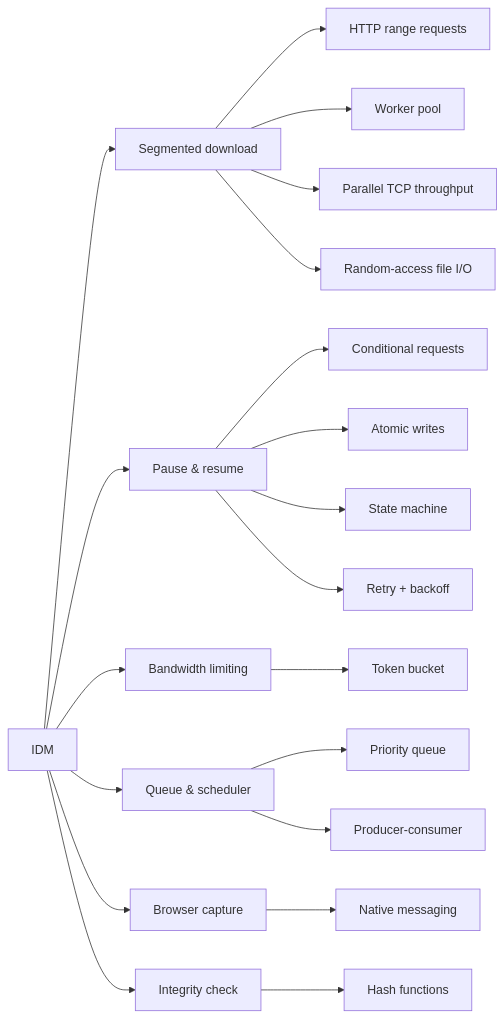
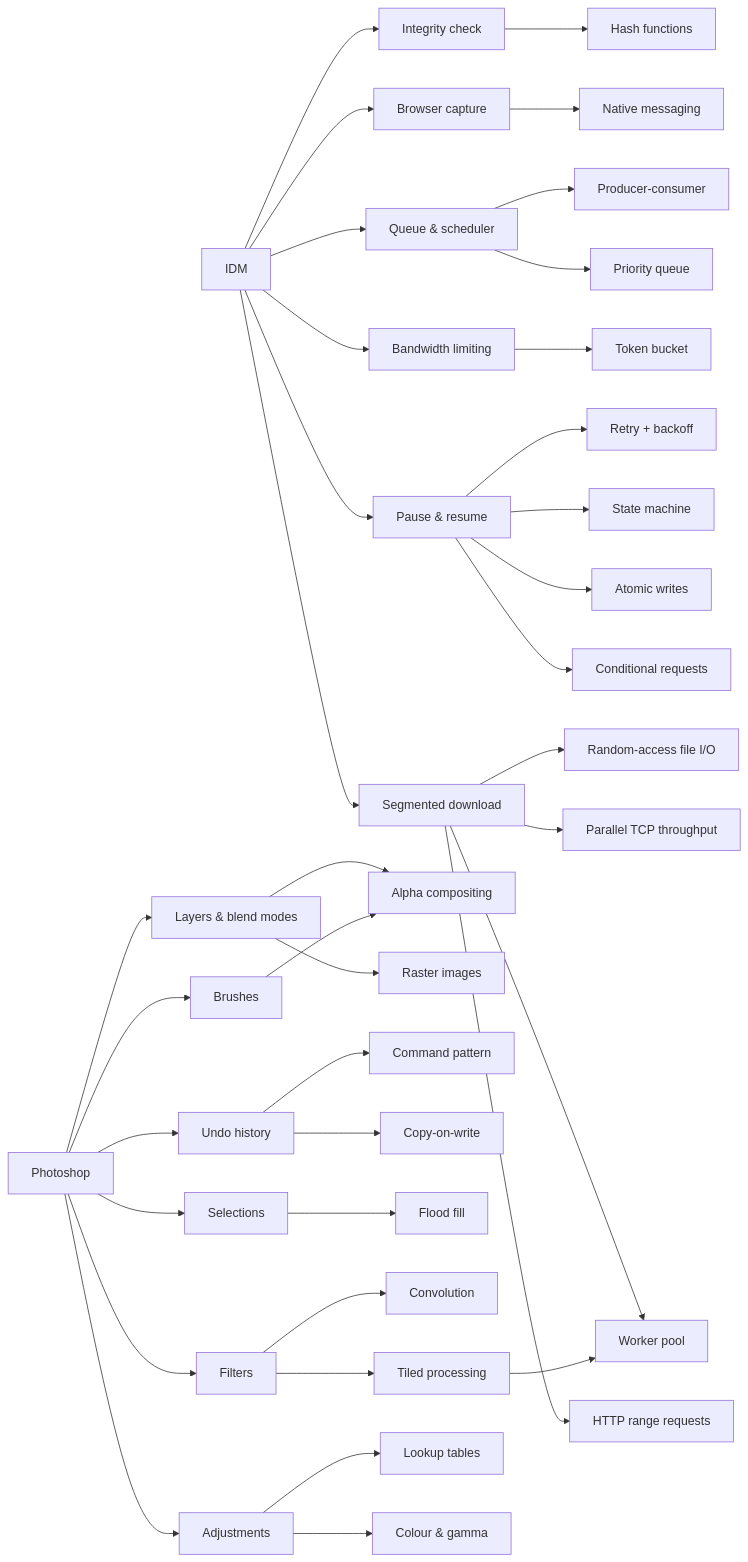
The second of 2 diagrams in content/index.md (Fatalshears/GlitchGallery), drawn with Mermaid before and after one commit. The commit also changed other lines of this file and 51 other files, not shown here.

````diff
--- a/content/index.md
+++ b/content/index.md
@@ -51,10 +52,18 @@
 ```mermaid
 flowchart LR
   IDM[IDM] --> SD[Segmented download] & PR[Pause & resume] & BL[Bandwidth limiting] & Q[Queue & scheduler] & BC[Browser capture] & IV[Integrity check]
   SD --> RR[HTTP range requests] & WP[Worker pool] & TP[Parallel TCP throughput] & RA[Random-access file I/O]
   PR --> CR[Conditional requests] & AW[Atomic writes] & FSM[State machine] & RB[Retry + backoff]
   BL --> TB[Token bucket]
   Q --> PQ[Priority queue] & PC[Producer-consumer]
   BC --> NM[Native messaging]
   IV --> H[Hash functions]
+  PS[Photoshop] --> LB[Layers & blend modes] & UR[Undo history] & SM[Selections] & IF[Filters] & TA[Adjustments] & BR[Brushes]
+  LB --> AC[Alpha compositing] & RI[Raster images]
+  UR --> CP[Command pattern] & COW[Copy-on-write]
+  SM --> FF[Flood fill]
+  IF --> CK[Convolution] & TI[Tiled processing]
+  TA --> LUT[Lookup tables] & CG[Colour & gamma]
+  BR --> AC
+  TI --> WP
 ```
````
